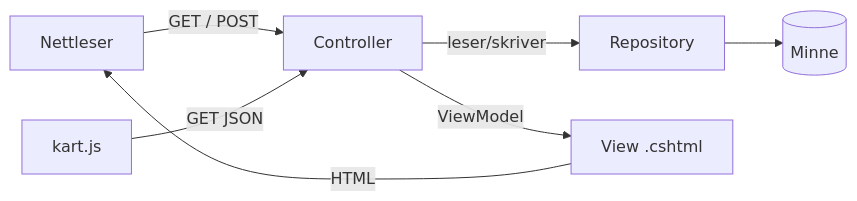
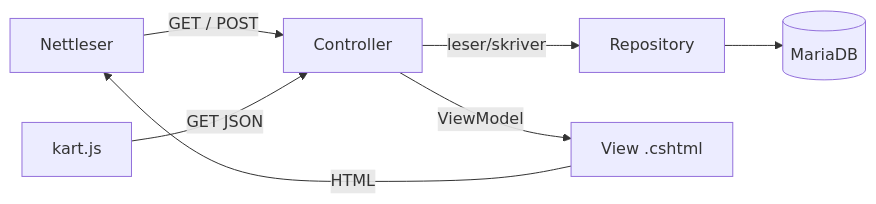
One commit to thilomoi05/Prosjekt_host_1 changed the diagram in README.md. Above: the diagram before and after it, drawn with Mermaid. The commit also changed other lines of this file and 1 other file, not shown here.

Commit message:
Oppdater README og drift.md med MariaDB og docker compose

````diff
--- a/README.md
+++ b/README.md
@@ -66,9 +67,9 @@
 ```mermaid
 flowchart LR
     B[Nettleser] -->|GET / POST| C[Controller]
     C -->|leser/skriver| R[Repository]
-    R --> D[(Minne)]
+    R --> D[(MariaDB)] 
     C -->|ViewModel| V[View .cshtml]
     V -->|HTML| B
     K[kart.js] -->|GET JSON| C
 ```
````
